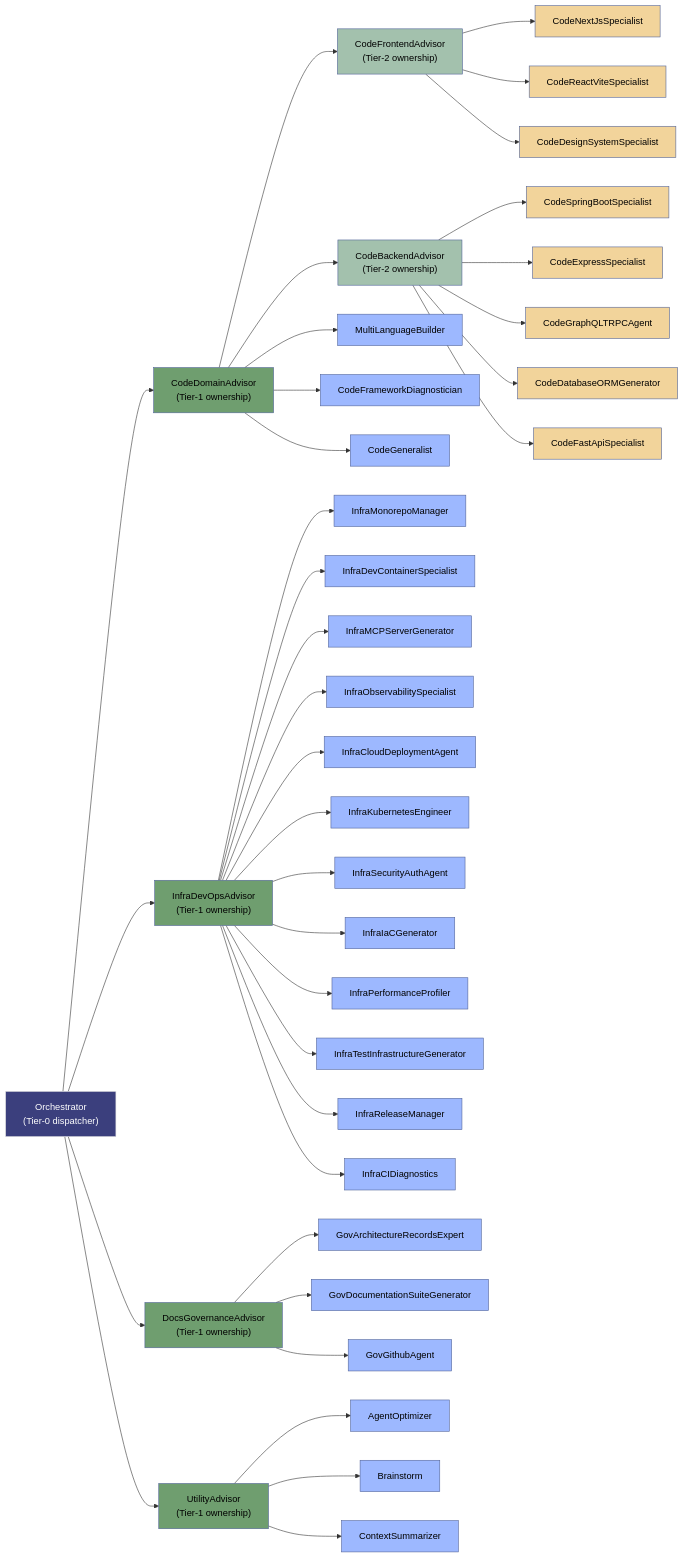
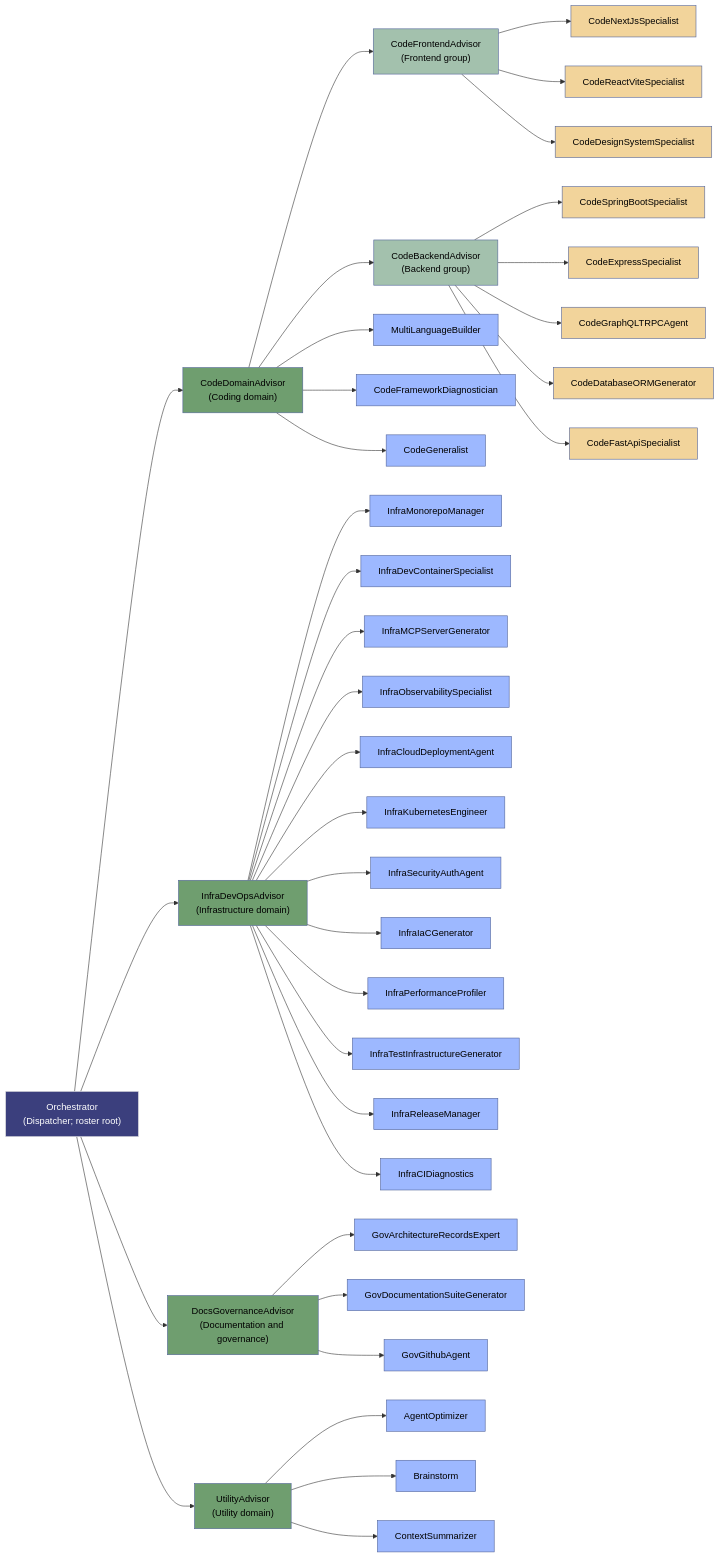
The second of 2 diagrams in README.md (UtopikPrompt/agents), drawn with Mermaid before and after one commit. The commit also changed other lines of this file and 31 other files, not shown here.

````diff
--- a/README.md
+++ b/README.md
@@ -52,56 +56,56 @@
 ```mermaid
 flowchart LR
-    O["Orchestrator<br/>(Tier-0 dispatcher)"]
-    O --> CodeDomainAdvisor["CodeDomainAdvisor<br/>(Tier-1 ownership)"]
-    O --> InfraDevOpsAdvisor["InfraDevOpsAdvisor<br/>(Tier-1 ownership)"]
-    O --> DocsGovernanceAdvisor["DocsGovernanceAdvisor<br/>(Tier-1 ownership)"]
-    O --> UtilityAdvisor["UtilityAdvisor<br/>(Tier-1 ownership)"]
-    CodeDomainAdvisor --> CodeFrontendAdvisor["CodeFrontendAdvisor<br/>(Tier-2 ownership)"]
-    CodeDomainAdvisor --> CodeBackendAdvisor["CodeBackendAdvisor<br/>(Tier-2 ownership)"]
+    O["Orchestrator<br/>(Dispatcher; roster root)"]
+    O --> CodeDomainAdvisor["CodeDomainAdvisor<br/>(Coding domain)"]
+    O --> InfraDevOpsAdvisor["InfraDevOpsAdvisor<br/>(Infrastructure domain)"]
+    O --> DocsGovernanceAdvisor["DocsGovernanceAdvisor<br/>(Documentation and governance)"]
+    O --> UtilityAdvisor["UtilityAdvisor<br/>(Utility domain)"]
+    CodeDomainAdvisor --> CodeFrontendAdvisor["CodeFrontendAdvisor<br/>(Frontend group)"]
+    CodeDomainAdvisor --> CodeBackendAdvisor["CodeBackendAdvisor<br/>(Backend group)"]
     CodeDomainAdvisor --> MultiLanguageBuilder["MultiLanguageBuilder"]
     CodeDomainAdvisor --> CodeFrameworkDiagnostician["CodeFrameworkDiagnostician"]
     CodeDomainAdvisor --> CodeGeneralist["CodeGeneralist"]
 
     CodeFrontendAdvisor --> CodeNextJsSpecialist["CodeNextJsSpecialist"]
     CodeFrontendAdvisor --> CodeReactViteSpecialist["CodeReactViteSpecialist"]
     CodeFrontendAdvisor --> CodeDesignSystemSpecialist["CodeDesignSystemSpecialist"]
 
     CodeBackendAdvisor --> CodeSpringBootSpecialist["CodeSpringBootSpecialist"]
     CodeBackendAdvisor --> CodeExpressSpecialist["CodeExpressSpecialist"]
     CodeBackendAdvisor --> CodeGraphQLTRPCAgent["CodeGraphQLTRPCAgent"]
     CodeBackendAdvisor --> CodeDatabaseORMGenerator["CodeDatabaseORMGenerator"]
     CodeBackendAdvisor --> CodeFastApiSpecialist["CodeFastApiSpecialist"]
 
     InfraDevOpsAdvisor --> InfraMonorepoManager["InfraMonorepoManager"]
     InfraDevOpsAdvisor --> InfraDevContainerSpecialist["InfraDevContainerSpecialist"]
     InfraDevOpsAdvisor --> InfraMCPServerGenerator["InfraMCPServerGenerator"]
     InfraDevOpsAdvisor --> InfraObservabilitySpecialist["InfraObservabilitySpecialist"]
     InfraDevOpsAdvisor --> InfraCloudDeploymentAgent["InfraCloudDeploymentAgent"]
     InfraDevOpsAdvisor --> InfraKubernetesEngineer["InfraKubernetesEngineer"]
     InfraDevOpsAdvisor --> InfraSecurityAuthAgent["InfraSecurityAuthAgent"]
     InfraDevOpsAdvisor --> InfraIaCGenerator["InfraIaCGenerator"]
     InfraDevOpsAdvisor --> InfraPerformanceProfiler["InfraPerformanceProfiler"]
     InfraDevOpsAdvisor --> InfraTestInfrastructureGenerator["InfraTestInfrastructureGenerator"]
     InfraDevOpsAdvisor --> InfraReleaseManager["InfraReleaseManager"]
     InfraDevOpsAdvisor --> InfraCIDiagnostics["InfraCIDiagnostics"]
 
     DocsGovernanceAdvisor --> GovArchitectureRecordsExpert["GovArchitectureRecordsExpert"]
     DocsGovernanceAdvisor --> GovDocumentationSuiteGenerator["GovDocumentationSuiteGenerator"]
     DocsGovernanceAdvisor --> GovGithubAgent["GovGithubAgent"]
 
     UtilityAdvisor --> AgentOptimizer["AgentOptimizer"]
     UtilityAdvisor --> Brainstorm["Brainstorm"]
     UtilityAdvisor --> ContextSummarizer["ContextSummarizer"]
 
     classDef hub fill:#3b3f7d,stroke:#e0e0e0,color:#fff;
-    classDef router fill:#6f9e6f,stroke:#516399,color:#000;
-    classDef subrouter fill:#a3c1ad,stroke:#516399,color:#000;
-    classDef tier2 fill:#9db8ff,stroke:#516399,color:#000;
-    classDef tier3 fill:#f2d49b,stroke:#516399,color:#000;
+    classDef domainAdvisor fill:#6f9e6f,stroke:#516399,color:#000;
+    classDef subdomainAdvisor fill:#a3c1ad,stroke:#516399,color:#000;
+    classDef worker fill:#9db8ff,stroke:#516399,color:#000;
+    classDef frameworkWorker fill:#f2d49b,stroke:#516399,color:#000;
     
     class O hub;
-    class CodeDomainAdvisor,InfraDevOpsAdvisor,DocsGovernanceAdvisor,UtilityAdvisor router;
-    class CodeFrontendAdvisor,CodeBackendAdvisor subrouter;
-    class CodeNextJsSpecialist,CodeReactViteSpecialist,CodeGraphQLTRPCAgent,CodeFastApiSpecialist,CodeExpressSpecialist,CodeSpringBootSpecialist,CodeDatabaseORMGenerator,CodeDesignSystemSpecialist tier3;
-    class AgentOptimizer,Brainstorm,ContextSummarizer,CodeGeneralist,CodeFrameworkDiagnostician,MultiLanguageBuilder,InfraObservabilitySpecialist,InfraMonorepoManager,InfraDevContainerSpecialist,InfraMCPServerGenerator,InfraCloudDeploymentAgent,InfraKubernetesEngineer,InfraSecurityAuthAgent,InfraIaCGenerator,InfraPerformanceProfiler,InfraTestInfrastructureGenerator,InfraReleaseManager,InfraCIDiagnostics,GovArchitectureRecordsExpert,GovDocumentationSuiteGenerator,GovGithubAgent tier2;
+    class CodeDomainAdvisor,InfraDevOpsAdvisor,DocsGovernanceAdvisor,UtilityAdvisor domainAdvisor;
+    class CodeFrontendAdvisor,CodeBackendAdvisor subdomainAdvisor;
+    class CodeNextJsSpecialist,CodeReactViteSpecialist,CodeGraphQLTRPCAgent,CodeFastApiSpecialist,CodeExpressSpecialist,CodeSpringBootSpecialist,CodeDatabaseORMGenerator,CodeDesignSystemSpecialist frameworkWorker;
+    class AgentOptimizer,Brainstorm,ContextSummarizer,CodeGeneralist,CodeFrameworkDiagnostician,MultiLanguageBuilder,InfraObservabilitySpecialist,InfraMonorepoManager,InfraDevContainerSpecialist,InfraMCPServerGenerator,InfraCloudDeploymentAgent,InfraKubernetesEngineer,InfraSecurityAuthAgent,InfraIaCGenerator,InfraPerformanceProfiler,InfraTestInfrastructureGenerator,InfraReleaseManager,InfraCIDiagnostics,GovArchitectureRecordsExpert,GovDocumentationSuiteGenerator,GovGithubAgent worker;
 ```
````
